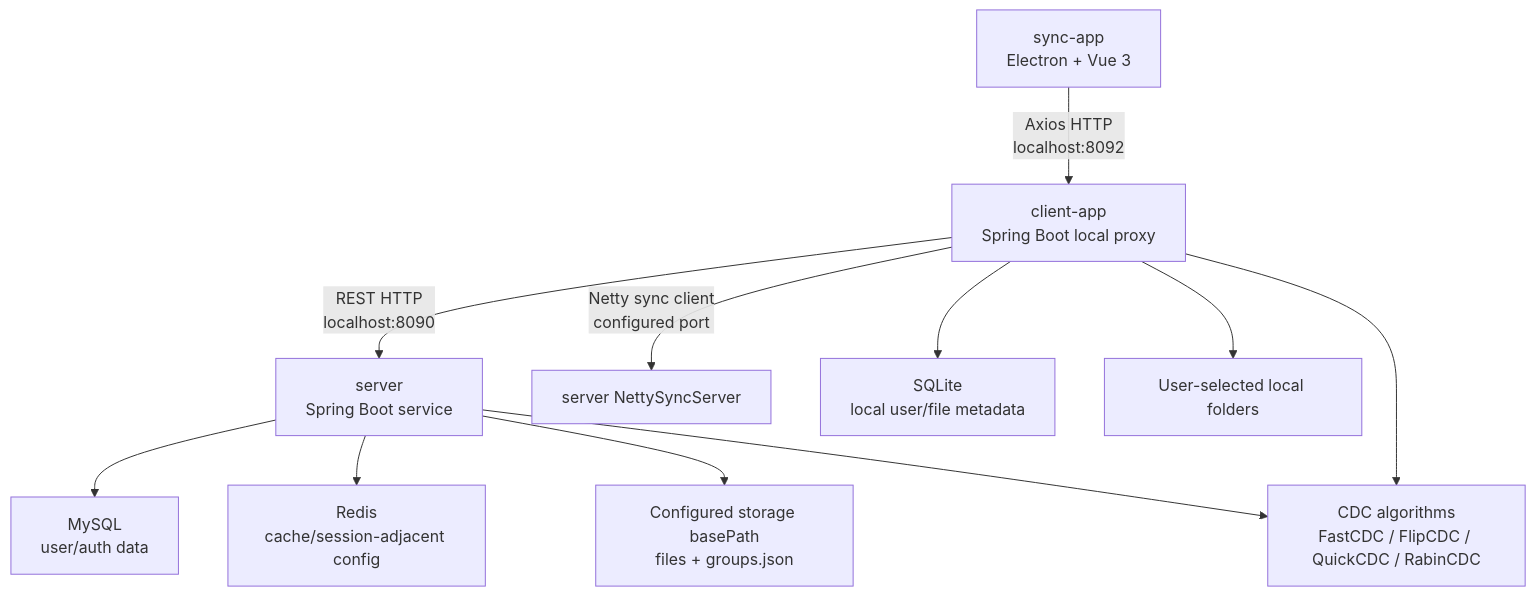
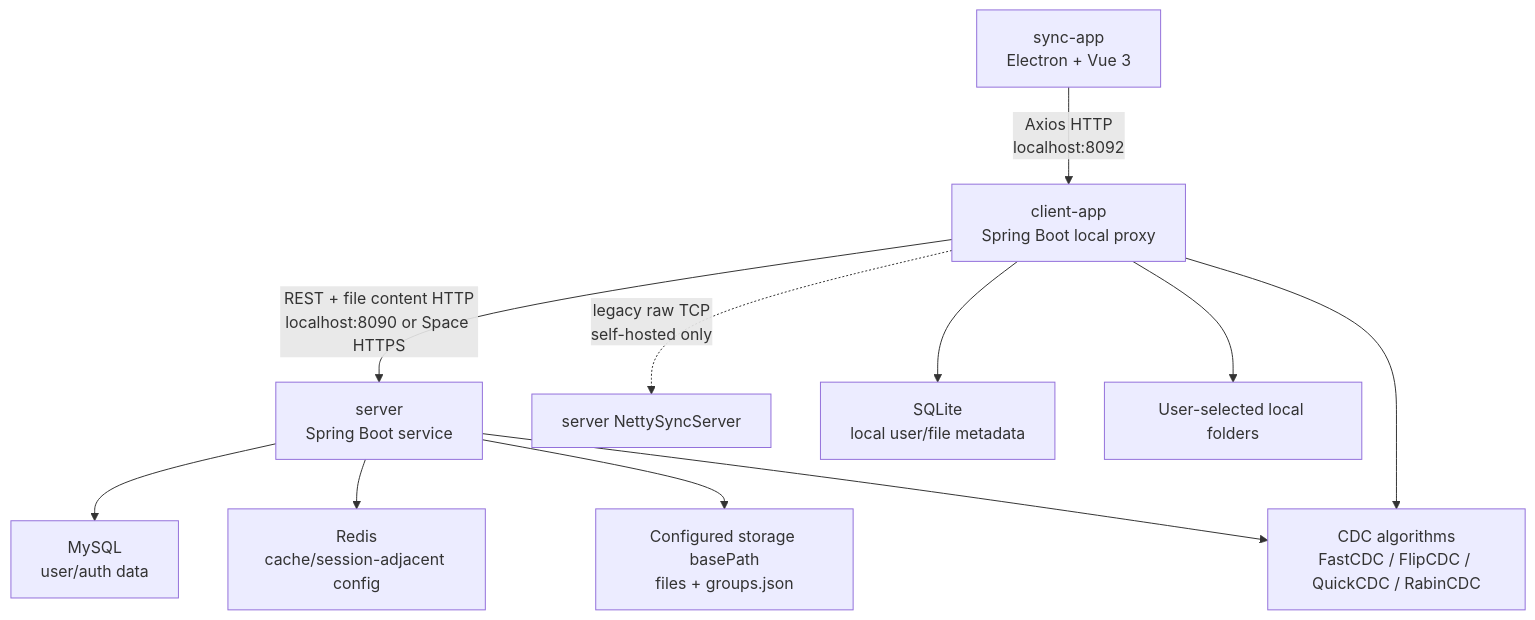
One commit to Alexander-Bruce/datasync changed the diagram in ARCHITECTURE.md. Above: the diagram before and after it, drawn with Mermaid. The commit also changed other lines of this file and 15 other files, not shown here.

Commit message:
fix: sync uploads over HTTP for Space

````diff
--- a/ARCHITECTURE.md
+++ b/ARCHITECTURE.md
@@ -7,13 +7,13 @@
 ```mermaid
 flowchart TD
     UI["sync-app\nElectron + Vue 3"] -->|Axios HTTP\nlocalhost:8092| Client["client-app\nSpring Boot local proxy"]
-    Client -->|REST HTTP\nlocalhost:8090| Server["server\nSpring Boot service"]
-    Client -->|Netty sync client\nconfigured port| NettyServer["server NettySyncServer"]
+    Client -->|REST + file content HTTP\nlocalhost:8090 or Space HTTPS| Server["server\nSpring Boot service"]
+    Client -.->|legacy raw TCP\nself-hosted only| NettyServer["server NettySyncServer"]
     Server --> MySQL["MySQL\nuser/auth data"]
     Server --> Redis["Redis\ncache/session-adjacent config"]
     Server --> Storage["Configured storage basePath\nfiles + groups.json"]
     Client --> SQLite["SQLite\nlocal user/file metadata"]
     Client --> LocalFiles["User-selected local folders"]
     Client --> CDC["CDC algorithms\nFastCDC / FlipCDC / QuickCDC / RabinCDC"]
     Server --> CDC
 ```
````
